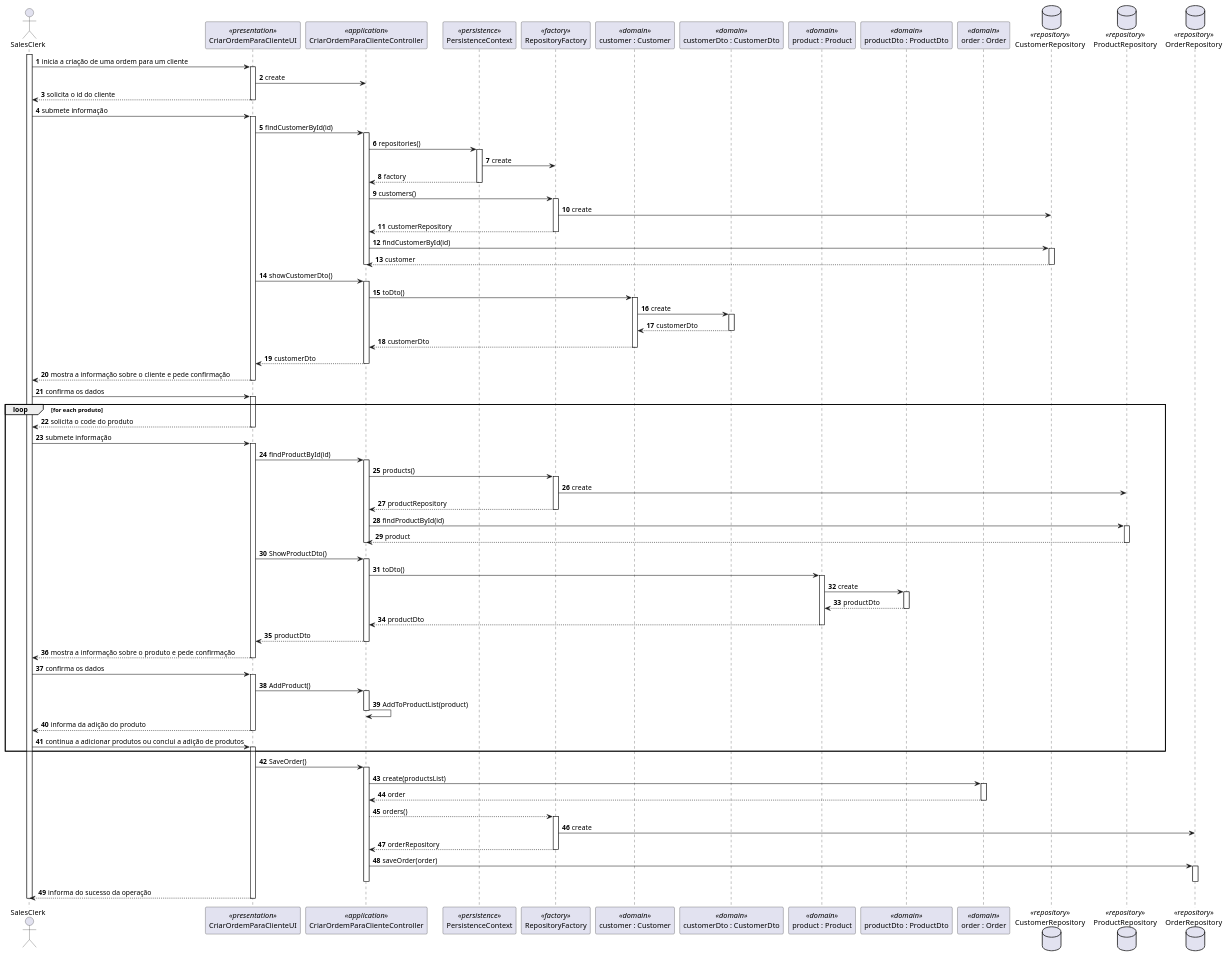
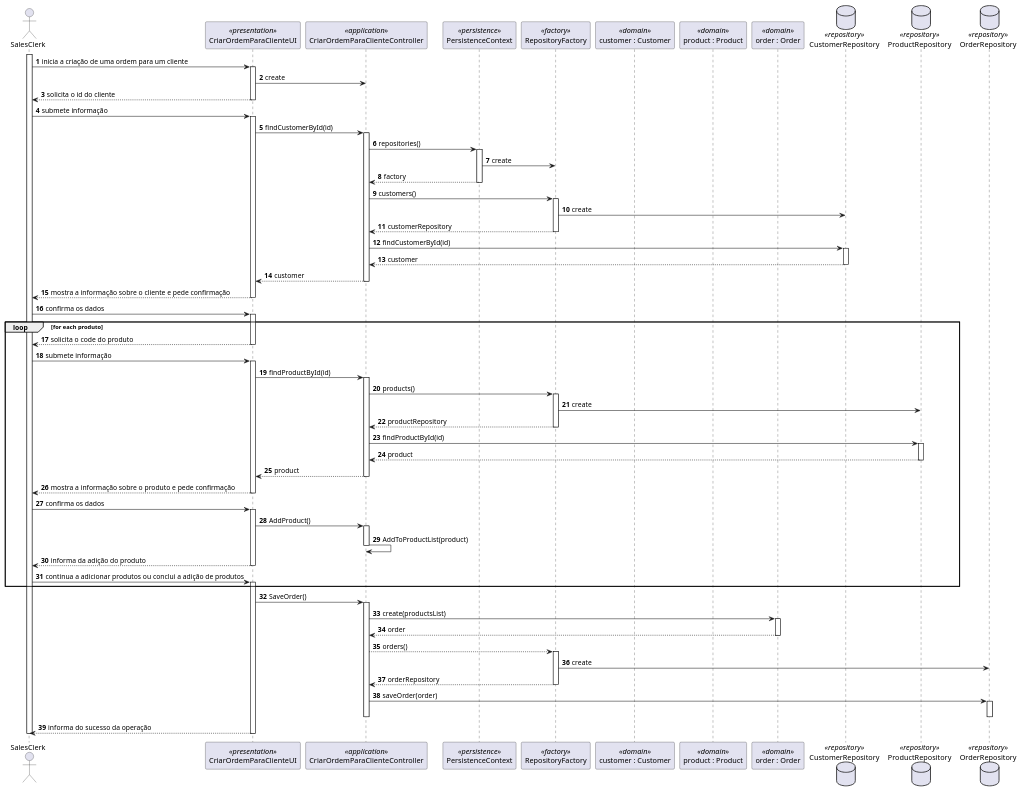
Before and after one commit to 1190772/LAB-Project-4: the diagram in Documentação/1190679/US1004/1004_SD.puml, drawn with PlantUML. The commit also changed 3 other files, not shown here.

```diff
--- a/Documentação/1190679/US1004/1004_SD.puml
+++ b/Documentação/1190679/US1004/1004_SD.puml
@@ -1,123 +1,99 @@
 @startuml
 autonumber
 actor "SalesClerk" as SC
 participant "CriarOrdemParaClienteUI" as UI <<presentation>>
 participant "CriarOrdemParaClienteController" as CTRL <<application>>
 participant PersistenceContext as PER <<persistence>>
 participant "RepositoryFactory" as REPOFACT <<factory>>
 participant "customer : Customer" as CUST <<domain>>
-participant "customerDto : CustomerDto" as custDTO <<domain>>
 participant "product : Product" as PROD <<domain>>
-participant "productDto : ProductDto" as prodDTO <<domain>>
 participant "order : Order" as ORD <<domain>>
 database "CustomerRepository" as custREPO <<repository>>
 database "ProductRepository" as prodREPO <<repository>>
 database "OrderRepository" as ordREPO <<repository>>
 
 
 
 activate SC
 SC -> UI : inicia a criação de uma ordem para um cliente
 activate UI
 UI -> CTRL : create
 UI --> SC : solicita o id do cliente
 deactivate UI
 SC -> UI : submete informação
 activate UI
 UI -> CTRL : findCustomerById(id)
 activate CTRL
 CTRL -> PER : repositories()
 activate PER
 PER -> REPOFACT : create
 PER --> CTRL : factory
 deactivate PER
 CTRL -> REPOFACT : customers()
 activate REPOFACT
 REPOFACT -> custREPO : create
 REPOFACT --> CTRL : customerRepository
 deactivate REPOFACT
 CTRL -> custREPO : findCustomerById(id)
 activate custREPO
 custREPO --> CTRL : customer
 deactivate custREPO
-deactivate CTRL
-UI -> CTRL : showCustomerDto()
-activate CTRL
-CTRL -> CUST : toDto()
-activate CUST
-CUST -> custDTO : create
-activate custDTO
-custDTO --> CUST : customerDto
-deactivate custDTO
-CUST --> CTRL : customerDto
-deactivate CUST
-CTRL --> UI : customerDto
+CTRL --> UI : customer
 deactivate CTRL
 UI --> SC : mostra a informação sobre o cliente e pede confirmação
 deactivate UI
 SC -> UI : confirma os dados
 activate UI
 
 loop for each produto
 UI --> SC : solicita o code do produto
 deactivate UI
 SC -> UI : submete informação
 activate UI
 UI -> CTRL : findProductById(id)
 activate CTRL
 CTRL -> REPOFACT : products()
 activate REPOFACT
 REPOFACT -> prodREPO : create
 REPOFACT --> CTRL : productRepository
 deactivate REPOFACT
 CTRL -> prodREPO : findProductById(id)
 activate prodREPO
 prodREPO --> CTRL : product
 deactivate prodREPO
-deactivate CTRL
-UI -> CTRL : ShowProductDto()
-activate CTRL
-CTRL -> PROD : toDto()
-activate PROD
-PROD -> prodDTO : create
-activate prodDTO
-prodDTO --> PROD : productDto
-deactivate prodDTO
-PROD --> CTRL : productDto
-deactivate PROD
-CTRL --> UI : productDto
+CTRL --> UI : product
 deactivate CTRL
 UI --> SC : mostra a informação sobre o produto e pede confirmação
 deactivate UI
 SC -> UI : confirma os dados
 activate UI
 UI -> CTRL : AddProduct()
 activate CTRL
 CTRL -> CTRL : AddToProductList(product)
 deactivate CTRL
 UI --> SC : informa da adição do produto
 deactivate UI
 SC -> UI : continua a adicionar produtos ou conclui a adição de produtos
 activate UI
 end
 UI -> CTRL : SaveOrder()
 activate CTRL
 CTRL -> ORD : create(productsList)
 activate ORD
 ORD --> CTRL : order
 deactivate ORD
 CTRL --> REPOFACT : orders()
 activate REPOFACT
 REPOFACT -> ordREPO : create
 REPOFACT --> CTRL : orderRepository
 deactivate REPOFACT
 CTRL -> ordREPO : saveOrder(order)
 activate ordREPO
 deactivate ordREPO
 deactivate CTRL
 UI --> SC : informa do sucesso da operação
 deactivate UI
 
 deactivate SC
 
 @enduml
```
